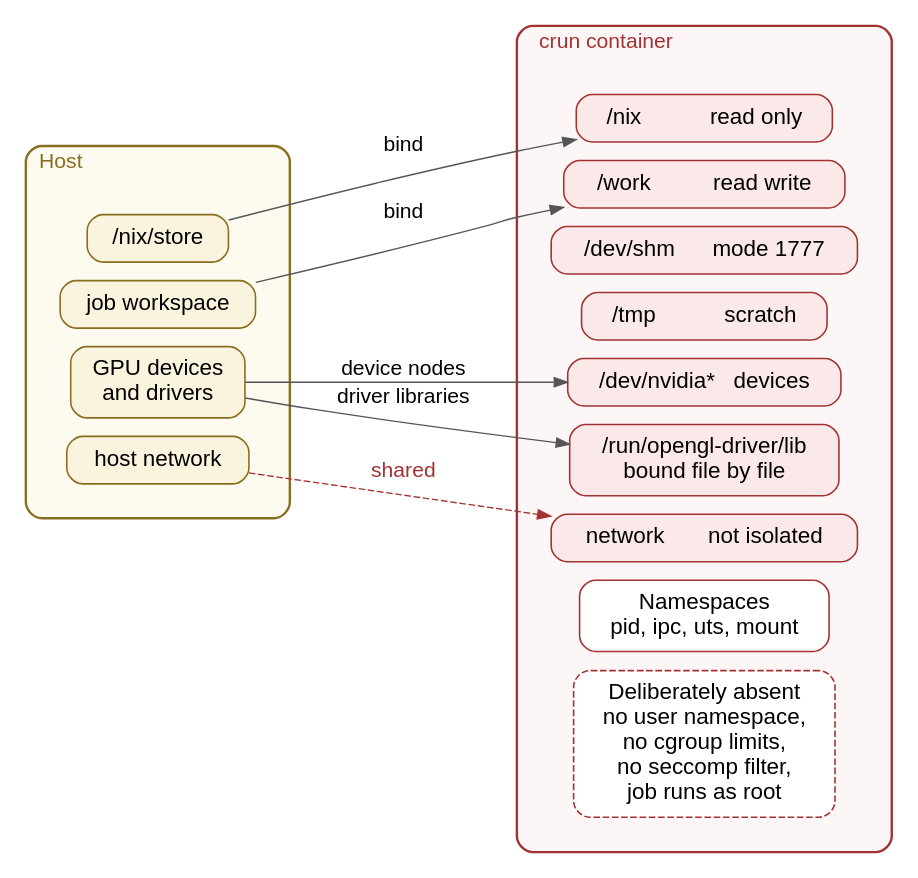
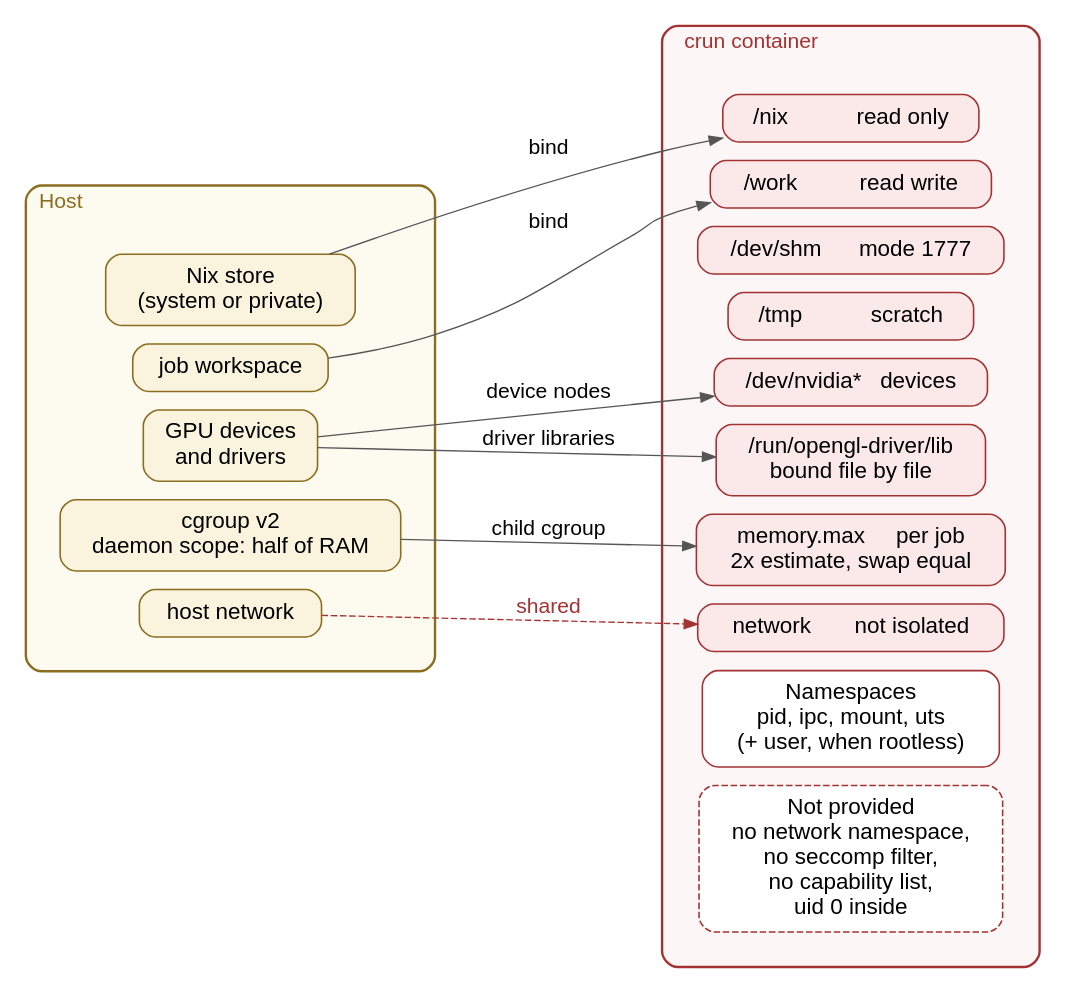
Before and after one commit to vinayakyadav2709/Pipedpeer: the diagram in docs/diagrams/src/fig_4.7_sandbox.dot, drawn with Graphviz. The commit also changed 72 other files, not shown here.

```diff
--- a/docs/diagrams/src/fig_4.7_sandbox.dot
+++ b/docs/diagrams/src/fig_4.7_sandbox.dot
@@ -1,43 +1,46 @@
-// Figure 4.5 - crun sandbox: what the job can and cannot see.
+// Figure 4.7 - crun sandbox: what the job can and cannot see.
 digraph Sandbox {
   rankdir=LR; bgcolor="white"; nodesep=0.20; ranksep=1.3;
   node [fontname="Helvetica", fontsize=17, shape=box, style="rounded,filled",
         fillcolor="#eef3fb", color="#3b6ea5", penwidth=1.2, margin="0.18,0.11"];
   edge [fontname="Helvetica", fontsize=16, color="#555555"];
 
   subgraph cluster_host {
     label="Host"; labeljust=l; fontsize=16; fontname="Helvetica";
     style="rounded"; color="#8a6d1f"; penwidth=1.8; bgcolor="#fdfaf0"; fontcolor="#8a6d1f";
     margin="26,22";
     node [fillcolor="#faf3dd", color="#8a6d1f"];
-    nix  [label="/nix/store"];
+    nix  [label="Nix store\n(system or private)"];
     work [label="job workspace"];
     gpu  [label="GPU devices\nand drivers"];
+    cg   [label="cgroup v2\ndaemon scope: half of RAM"];
     net  [label="host network"];
-    { rank=same; nix; work; gpu; net; }
+    { rank=same; nix; work; gpu; cg; net; }
   }
 
   subgraph cluster_ct {
     label="crun container"; labeljust=l; fontsize=16; fontname="Helvetica";
     style="rounded"; color="#a33333"; penwidth=1.8; bgcolor="#fdf6f6"; fontcolor="#a33333";
     margin="26,22";
     node [fillcolor="#fbe9e9", color="#a33333"];
     m1 [label="/nix           read only"];
     m2 [label="/work          read write"];
     m3 [label="/dev/shm      mode 1777"];
     m4 [label="/tmp           scratch"];
     m5 [label="/dev/nvidia*   devices"];
     m6 [label="/run/opengl-driver/lib\nbound file by file"];
+    m8 [label="memory.max     per job\n2x estimate, swap equal"];
     m7 [label="network       not isolated"];
-    ns [label="Namespaces\npid, ipc, uts, mount", fillcolor="#ffffff"];
-    no [label="Deliberately absent\nno user namespace,\nno cgroup limits,\nno seccomp filter,\njob runs as root",
+    ns [label="Namespaces\npid, ipc, mount, uts\n(+ user, when rootless)", fillcolor="#ffffff"];
+    no [label="Not provided\nno network namespace,\nno seccomp filter,\nno capability list,\nuid 0 inside",
         fillcolor="#ffffff", style="rounded,filled,dashed"];
-    { rank=same; m1; m2; m3; m4; m5; m6; m7; ns; no; }
+    { rank=same; m1; m2; m3; m4; m5; m6; m8; m7; ns; no; }
   }
 
   nix  -> m1 [label=" bind "];
   work -> m2 [label=" bind "];
   gpu  -> m5 [label=" device nodes "];
   gpu  -> m6 [label=" driver libraries "];
+  cg   -> m8 [label=" child cgroup "];
   net  -> m7 [label=" shared ", style=dashed, color="#a33333", fontcolor="#a33333"];
 }
```
